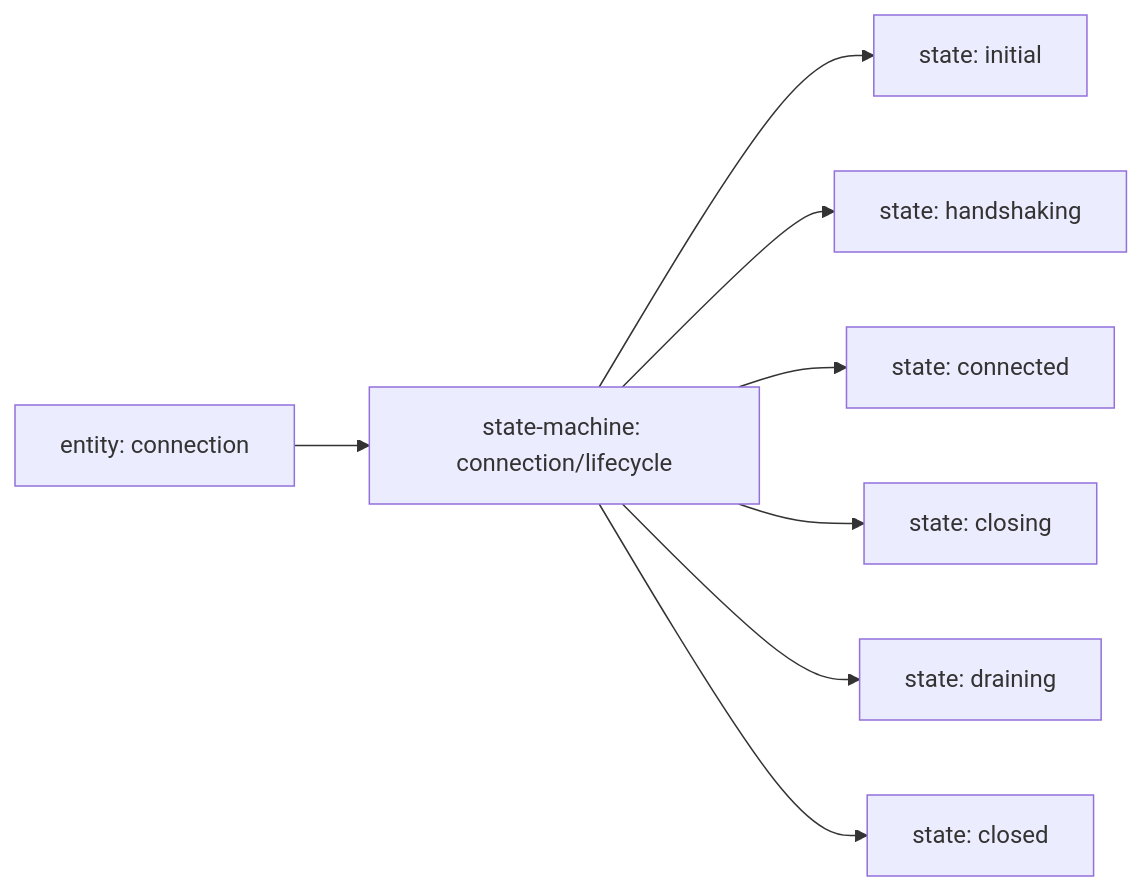
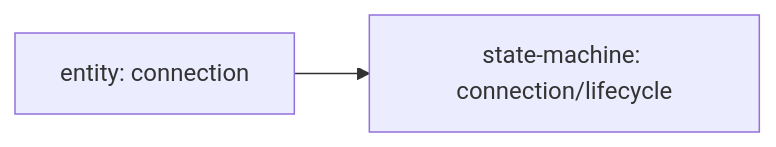
Before and after one commit to BehavioML/specifications: the diagram in examples/quic/generated/mermaid/entity-state-machines.mmd, drawn with Mermaid. The commit also changed 25 other files, not shown here.

Commit message:
Regenerate Mermaid workflow sequence diagrams

```diff
--- a/examples/quic/generated/mermaid/entity-state-machines.mmd
+++ b/examples/quic/generated/mermaid/entity-state-machines.mmd
@@ -1,17 +1,5 @@
 flowchart LR
+  E_connection["entity: connection"]
   SM_connection_lifecycle["state-machine: connection/lifecycle"]
-  E_connection["entity: connection"]
-  S_connection_lifecycle_initial["state: initial"]
-  S_connection_lifecycle_handshaking["state: handshaking"]
-  S_connection_lifecycle_connected["state: connected"]
-  S_connection_lifecycle_closing["state: closing"]
-  S_connection_lifecycle_draining["state: draining"]
-  S_connection_lifecycle_closed["state: closed"]
 
   E_connection --> SM_connection_lifecycle
-  SM_connection_lifecycle --> S_connection_lifecycle_initial
-  SM_connection_lifecycle --> S_connection_lifecycle_handshaking
-  SM_connection_lifecycle --> S_connection_lifecycle_connected
-  SM_connection_lifecycle --> S_connection_lifecycle_closing
-  SM_connection_lifecycle --> S_connection_lifecycle_draining
-  SM_connection_lifecycle --> S_connection_lifecycle_closed
```
